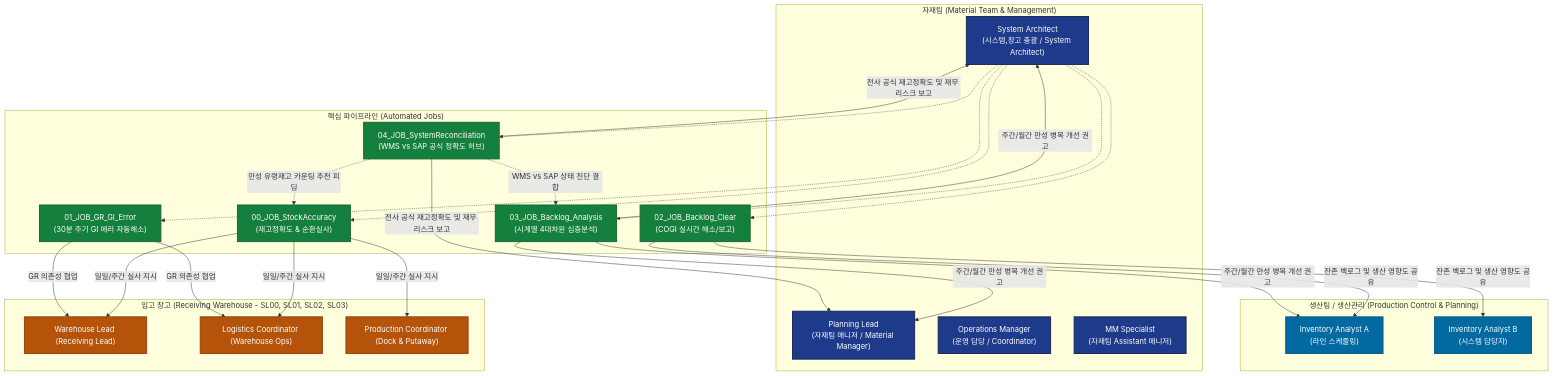
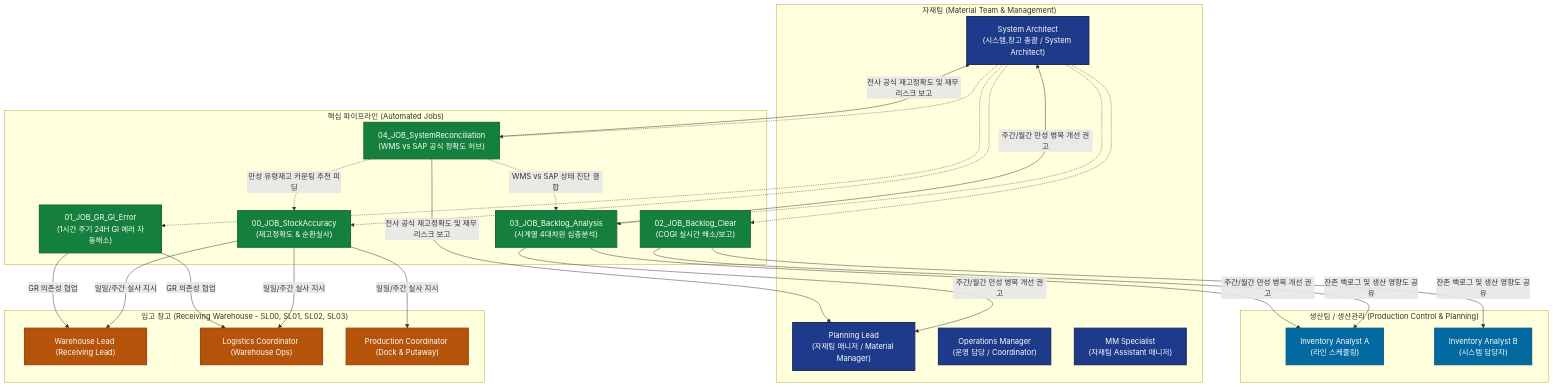
Before and after one commit to Miaou360/manufacturing-agent-org: the diagram in 01_M365MCP/01_DEPT_Inventory/README.md, drawn with Mermaid. The commit also changed other lines of this file and 21 other files, not shown here.

````diff
--- a/01_M365MCP/01_DEPT_Inventory/README.md
+++ b/01_M365MCP/01_DEPT_Inventory/README.md
@@ -9,47 +9,47 @@
 ```mermaid
 graph TD
     classDef mgmt fill:#1e3a8a,stroke:#172554,stroke-width:2px,color:#ffffff;
     classDef plan fill:#0369a1,stroke:#075985,stroke-width:2px,color:#ffffff;
     classDef wh fill:#b45309,stroke:#92400e,stroke-width:2px,color:#ffffff;
     classDef sys fill:#15803d,stroke:#166534,stroke-width:2px,color:#ffffff;
 
     subgraph "자재팀 (Material Team & Management)"
         M2["Planning Lead<br>(자재팀 매니저 / Material Manager)"]:::mgmt
         M3["Operations Manager<br>(운영 담당 / Coordinator)"]:::mgmt
         M4["MM Specialist<br>(자재팀 Assistant 매니저)"]:::mgmt
         M1["System Architect<br>(시스템,창고 총괄 / System Architect)"]:::mgmt
     end
 
     subgraph "생산팀 / 생산관리 (Production Control & Planning)"
         P1["Inventory Analyst A<br>(라인 스케줄링)"]:::plan
         P2["Inventory Analyst B<br>(시스템 담당자)"]:::plan
     end
 
     subgraph "입고 창고 (Receiving Warehouse - SL00, SL01, SL02, SL03)"
         W1["Warehouse Lead (Receiving Lead)"]:::wh
         W2["Logistics Coordinator (Warehouse Ops)"]:::wh
         W3["Production Coordinator (Dock & Putaway)"]:::wh
     end
 
     subgraph "핵심 파이프라인 (Automated Jobs)"
         SYS1["00_JOB_StockAccuracy<br>(재고정확도 & 순환실사)"]:::sys
-        SYS2["01_JOB_GR_GI_Error<br>(30분 주기 GI 에러 자동해소)"]:::sys
+        SYS2["01_JOB_GR_GI_Error<br>(1시간 주기 24H GI 에러 자동해소)"]:::sys
         SYS3["02_JOB_Backlog_Clear<br>(COGI 실시간 해소/보고)"]:::sys
         SYS4["03_JOB_Backlog_Analysis<br>(시계열 4대차원 심층분석)"]:::sys
         SYS5["04_JOB_SystemReconciliation<br>(WMS vs SAP 공식 정확도 허브)"]:::sys
     end
 
     M1 -.-> SYS1
     M1 -.-> SYS2
     M1 -.-> SYS3
     M1 -.-> SYS4
     M1 -.-> SYS5
 
     SYS1 -->|일일/주간 실사 지시| W1 & W2 & W3
     SYS2 -->|GR 의존성 협업| W1 & W2
     SYS3 -->|잔존 백로그 및 생산 영향도 공유| P1 & P2
     SYS4 -->|주간/월간 만성 병목 개선 권고| M1 & M2 & P1
     SYS5 -->|전사 공식 재고정확도 및 재무 리스크 보고| M1 & M2
     SYS5 -.->|만성 유령재고 카운팅 추천 피딩| SYS1
     SYS5 -.->|WMS vs SAP 상태 진단 결합| SYS4
 ```
````
